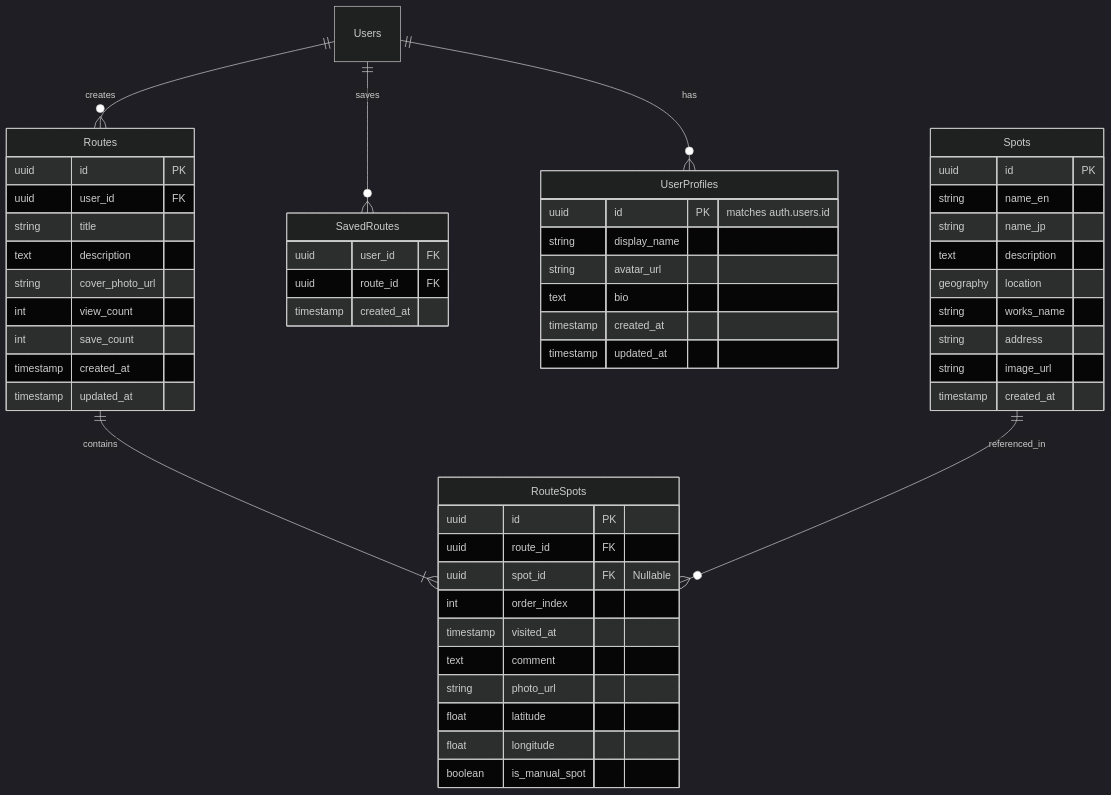
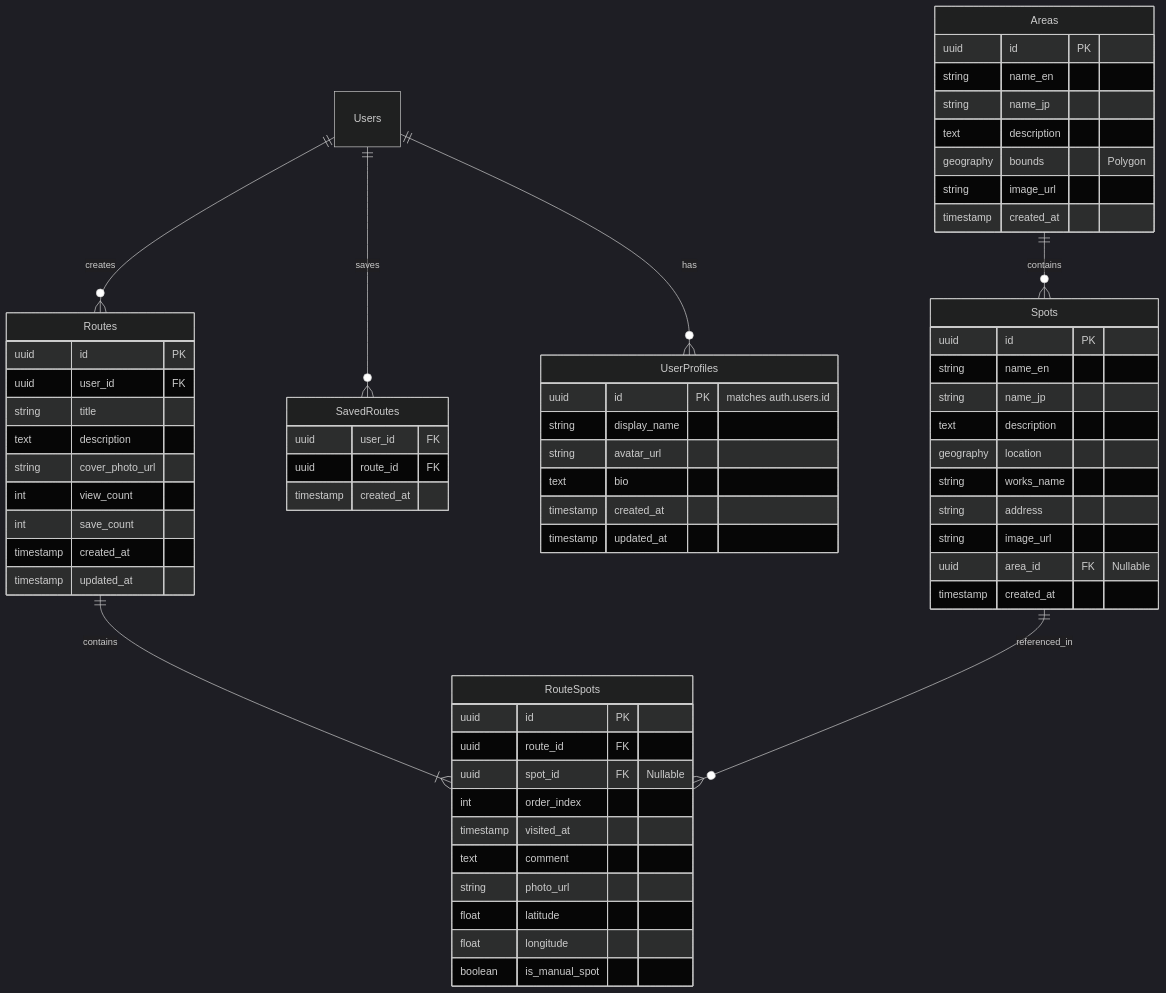
Before and after one commit to yoshihideishikawa-coder/SNS_project: the diagram in docs/design/database-design.md, drawn with Mermaid (dark theme). The commit also changed other lines of this file and 1 other file, not shown here.

First line of the commit message:
Add Areas entity to DB design and update web submodule

````diff
--- a/docs/design/database-design.md
+++ b/docs/design/database-design.md
@@ -8,60 +8,72 @@
 ```mermaid
 erDiagram
     Users ||--o{ Routes : creates
     Users ||--o{ SavedRoutes : saves
     Users ||--o{ UserProfiles : has
     
     Routes ||--|{ RouteSpots : contains
     Routes {
         uuid id PK
         uuid user_id FK
         string title
         text description
         string cover_photo_url
         int view_count
         int save_count
         timestamp created_at
         timestamp updated_at
     }
     
     RouteSpots {
         uuid id PK
         uuid route_id FK
         uuid spot_id FK "Nullable"
         int order_index
         timestamp visited_at
         text comment
         string photo_url
         float latitude
         float longitude
         boolean is_manual_spot
     }
     
+    Areas ||--o{ Spots : contains
+    Areas {
+        uuid id PK
+        string name_en
+        string name_jp
+        text description
+        geography bounds "Polygon"
+        string image_url
+        timestamp created_at
+    }
+    
     Spots ||--o{ RouteSpots : referenced_in
     Spots {
         uuid id PK
         string name_en
         string name_jp
         text description
         geography location
         string works_name
         string address
         string image_url
+        uuid area_id FK "Nullable"
         timestamp created_at
     }
     
     SavedRoutes {
         uuid user_id FK
         uuid route_id FK
         timestamp created_at
     }
     
     UserProfiles {
         uuid id PK "matches auth.users.id"
         string display_name
         string avatar_url
         text bio
         timestamp created_at
         timestamp updated_at
     }
 ```
````
